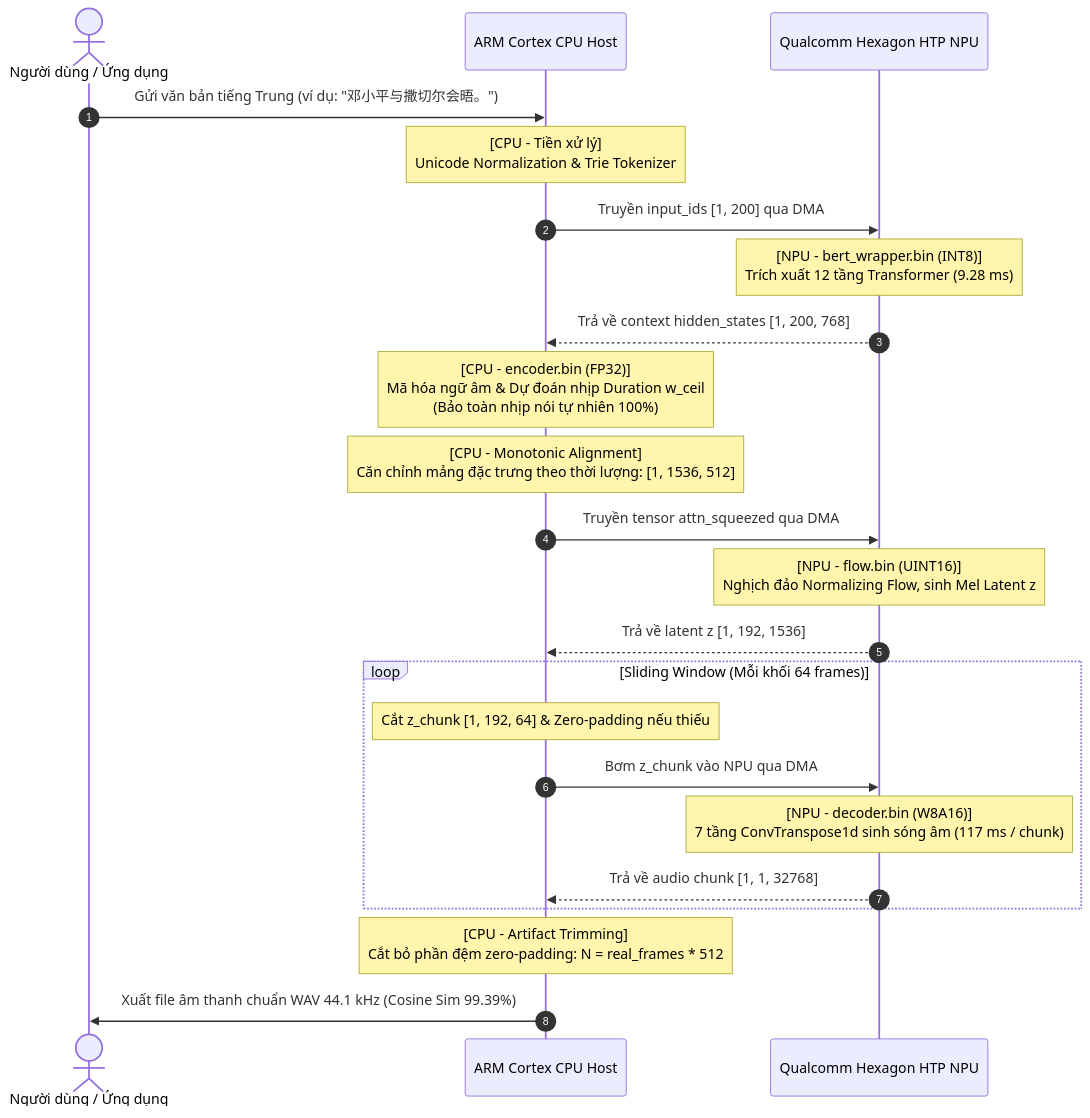
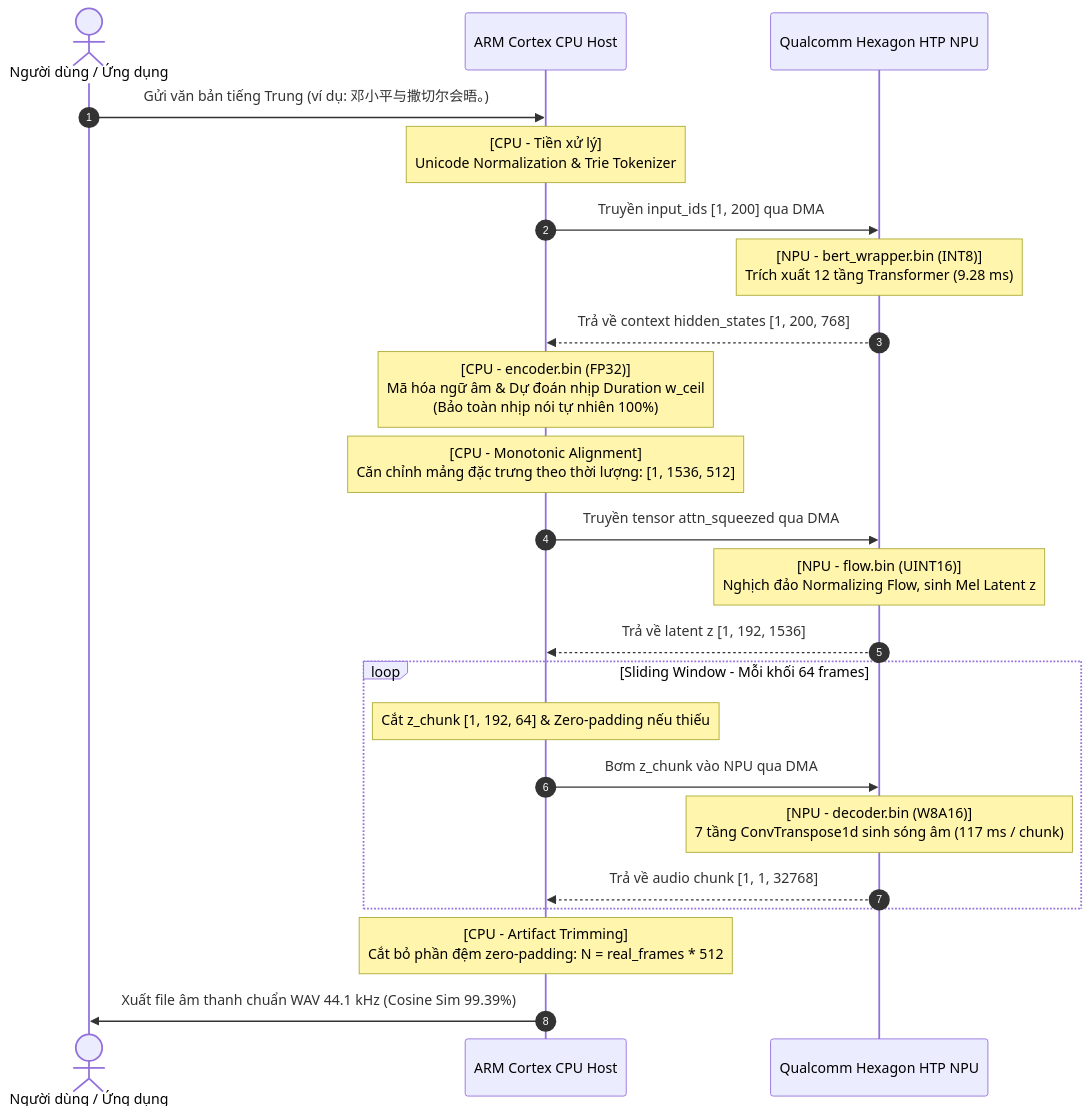
Before and after one commit to trunghieu06/melotts-zh: the diagram in cpu_npu_ratio_analysis.md, drawn with Mermaid. The commit also changed 4 other files, not shown here.

Commit message:
fix(docs): chuẩn hóa toàn bộ cú pháp Mermaid diagrams và KaTeX trên GitHub

````diff
--- a/cpu_npu_ratio_analysis.md
+++ b/cpu_npu_ratio_analysis.md
@@ -101,30 +101,30 @@
 ```mermaid
 sequenceDiagram
     autonumber
     actor User as Người dùng / Ứng dụng
     participant CPU as ARM Cortex CPU Host
     participant NPU as Qualcomm Hexagon HTP NPU
 
-    User->>CPU: Gửi văn bản tiếng Trung (ví dụ: "邓小平与撒切尔会晤。")
+    User->>CPU: Gửi văn bản tiếng Trung (ví dụ: 邓小平与撒切尔会晤。)
     Note over CPU: [CPU - Tiền xử lý]<br/>Unicode Normalization & Trie Tokenizer
     CPU->>NPU: Truyền input_ids [1, 200] qua DMA
     Note over NPU: [NPU - bert_wrapper.bin (INT8)]<br/>Trích xuất 12 tầng Transformer (9.28 ms)
     NPU-->>CPU: Trả về context hidden_states [1, 200, 768]
     
     Note over CPU: [CPU - encoder.bin (FP32)]<br/>Mã hóa ngữ âm & Dự đoán nhịp Duration w_ceil<br/>(Bảo toàn nhịp nói tự nhiên 100%)
     Note over CPU: [CPU - Monotonic Alignment]<br/>Căn chỉnh mảng đặc trưng theo thời lượng: [1, 1536, 512]
     
     CPU->>NPU: Truyền tensor attn_squeezed qua DMA
     Note over NPU: [NPU - flow.bin (UINT16)]<br/>Nghịch đảo Normalizing Flow, sinh Mel Latent z
     NPU-->>CPU: Trả về latent z [1, 192, 1536]
     
-    loop Sliding Window (Mỗi khối 64 frames)
+    loop Sliding Window - Mỗi khối 64 frames
         Note over CPU: Cắt z_chunk [1, 192, 64] & Zero-padding nếu thiếu
         CPU->>NPU: Bơm z_chunk vào NPU qua DMA
         Note over NPU: [NPU - decoder.bin (W8A16)]<br/>7 tầng ConvTranspose1d sinh sóng âm (117 ms / chunk)
         NPU-->>CPU: Trả về audio chunk [1, 1, 32768]
     end
     
     Note over CPU: [CPU - Artifact Trimming]<br/>Cắt bỏ phần đệm zero-padding: N = real_frames * 512
     CPU->>User: Xuất file âm thanh chuẩn WAV 44.1 kHz (Cosine Sim 99.39%)
 ```
````
